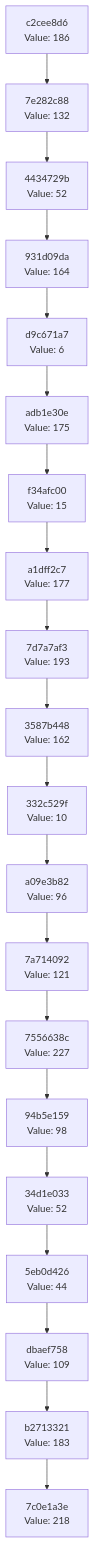
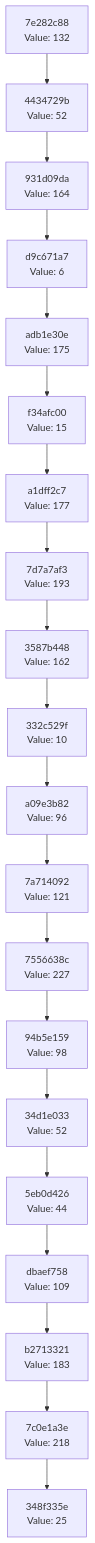
One commit to Abhisheksinha1506/hash-chain-evolver changed the diagram in docs/CHAIN_VISUALIZATION.md. Above: the diagram before and after it, drawn with Mermaid. The commit also changed 2 other files, not shown here.

Commit message:
Evolution Step

````diff
--- a/docs/CHAIN_VISUALIZATION.md
+++ b/docs/CHAIN_VISUALIZATION.md
@@ -3,42 +3,42 @@
 ```mermaid
 graph TD
-    C0["7c0e1a3e<br/>Value: 218"]
-    C1["b2713321<br/>Value: 183"]
+    C0["348f335e<br/>Value: 25"]
+    C1["7c0e1a3e<br/>Value: 218"]
     C1 --> C0
-    C2["dbaef758<br/>Value: 109"]
+    C2["b2713321<br/>Value: 183"]
     C2 --> C1
-    C3["5eb0d426<br/>Value: 44"]
+    C3["dbaef758<br/>Value: 109"]
     C3 --> C2
-    C4["34d1e033<br/>Value: 52"]
+    C4["5eb0d426<br/>Value: 44"]
     C4 --> C3
-    C5["94b5e159<br/>Value: 98"]
+    C5["34d1e033<br/>Value: 52"]
     C5 --> C4
-    C6["7556638c<br/>Value: 227"]
+    C6["94b5e159<br/>Value: 98"]
     C6 --> C5
-    C7["7a714092<br/>Value: 121"]
+    C7["7556638c<br/>Value: 227"]
     C7 --> C6
-    C8["a09e3b82<br/>Value: 96"]
+    C8["7a714092<br/>Value: 121"]
     C8 --> C7
-    C9["332c529f<br/>Value: 10"]
+    C9["a09e3b82<br/>Value: 96"]
     C9 --> C8
-    C10["3587b448<br/>Value: 162"]
+    C10["332c529f<br/>Value: 10"]
     C10 --> C9
-    C11["7d7a7af3<br/>Value: 193"]
+    C11["3587b448<br/>Value: 162"]
     C11 --> C10
-    C12["a1dff2c7<br/>Value: 177"]
+    C12["7d7a7af3<br/>Value: 193"]
     C12 --> C11
-    C13["f34afc00<br/>Value: 15"]
+    C13["a1dff2c7<br/>Value: 177"]
     C13 --> C12
-    C14["adb1e30e<br/>Value: 175"]
+    C14["f34afc00<br/>Value: 15"]
     C14 --> C13
-    C15["d9c671a7<br/>Value: 6"]
+    C15["adb1e30e<br/>Value: 175"]
     C15 --> C14
-    C16["931d09da<br/>Value: 164"]
+    C16["d9c671a7<br/>Value: 6"]
     C16 --> C15
-    C17["4434729b<br/>Value: 52"]
+    C17["931d09da<br/>Value: 164"]
     C17 --> C16
-    C18["7e282c88<br/>Value: 132"]
+    C18["4434729b<br/>Value: 52"]
     C18 --> C17
-    C19["c2cee8d6<br/>Value: 186"]
+    C19["7e282c88<br/>Value: 132"]
     C19 --> C18
 ```
````
